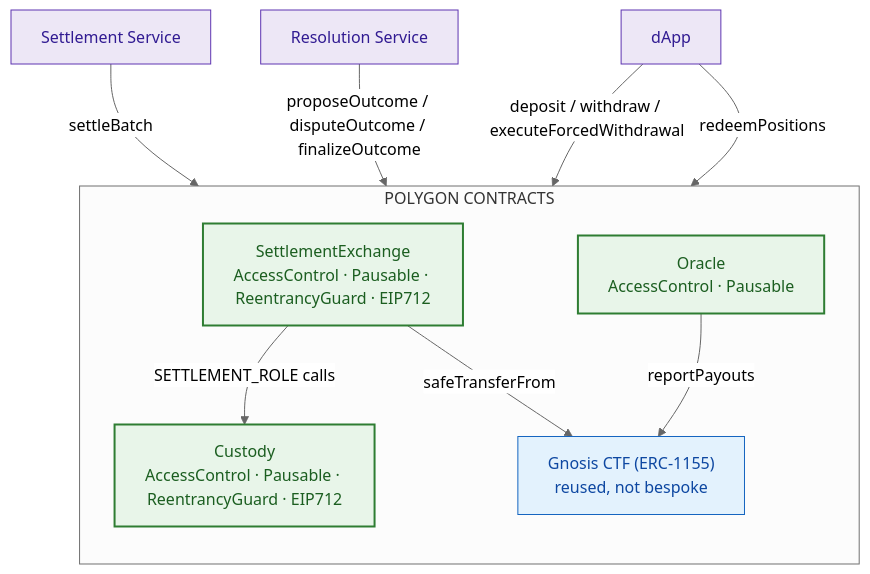
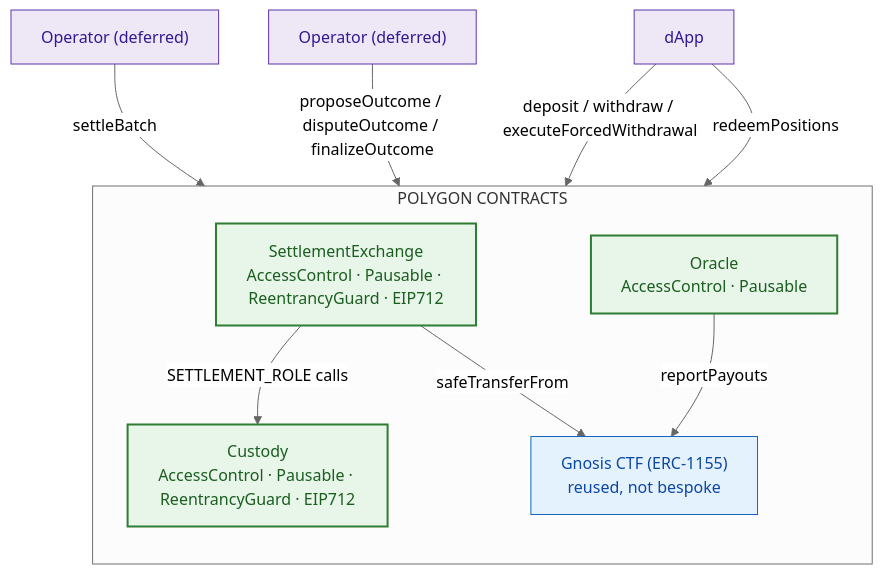
The first of 3 diagrams in docs/contracts.md (michael-ni-qwerty/omniscient), drawn with Mermaid (neutral theme) before and after one commit. The commit also changed other lines of this file and 28 other files, not shown here.

````diff
--- a/docs/contracts.md
+++ b/docs/contracts.md
@@ -7,26 +7,26 @@
 ```mermaid
 flowchart TD
     subgraph Contracts["POLYGON CONTRACTS"]
         direction TB
         SE["SettlementExchange<br/>AccessControl · Pausable · ReentrancyGuard · EIP712"]
         ORACLE["Oracle<br/>AccessControl · Pausable"]
         CV["Custody<br/>AccessControl · Pausable · ReentrancyGuard · EIP712"]
         CTF["Gnosis CTF (ERC-1155)<br/>reused, not bespoke"]
 
         SE -->|"SETTLEMENT_ROLE calls"| CV
         SE -->|"safeTransferFrom"| CTF
         ORACLE -->|"reportPayouts"| CTF
     end
 
-    SETT_SVC["Settlement Service"] -->|"settleBatch"| SE
-    RES_SVC["Resolution Service"] -->|"proposeOutcome / disputeOutcome / finalizeOutcome"| ORACLE
+    SETT_SVC["Operator (deferred)"] -->|"settleBatch"| SE
+    RES_SVC["Operator (deferred)"] -->|"proposeOutcome / disputeOutcome / finalizeOutcome"| ORACLE
     DAPP["dApp"] -->|"deposit / withdraw / executeForcedWithdrawal"| CV
     DAPP -->|"redeemPositions"| CTF
 
     classDef bespoke fill:#e8f5e9,stroke:#2e7d32,color:#1b5e20,stroke-width:2px;
     classDef reused fill:#e3f2fd,stroke:#1565c0,color:#0d47a1;
     classDef svc fill:#ede7f6,stroke:#5e35b1,color:#311b92;
     class SE,ORACLE,CV bespoke;
     class CTF reused;
     class SETT_SVC,RES_SVC,DAPP svc;
 ```
````
